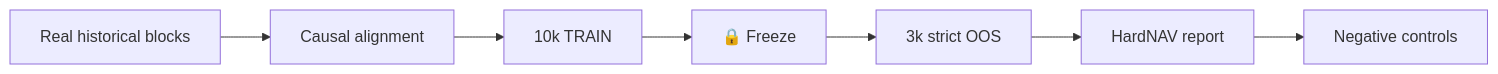
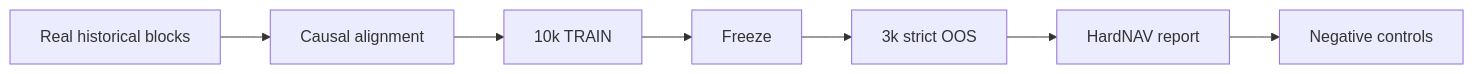
One commit to Shtenco/synergy_agentic_ai_economy changed the third of 3 diagrams in README.md. Above: the diagram before and after it, drawn with Mermaid. The commit also changed other lines of this file, not shown here.

````diff
--- a/README.md
+++ b/README.md
@@ -1278,9 +1278,9 @@
 ```mermaid
 flowchart LR
     HIST[Real historical blocks] --> ALIGN[Causal alignment]
     ALIGN --> TRAIN[10k TRAIN]
-    TRAIN --> FREEZE[🔒 Freeze]
+    TRAIN --> FREEZE[ Freeze]
     FREEZE --> OOS[3k strict OOS]
     OOS --> NAV[HardNAV report]
     NAV --> NEG[Negative controls]
 ```
````
